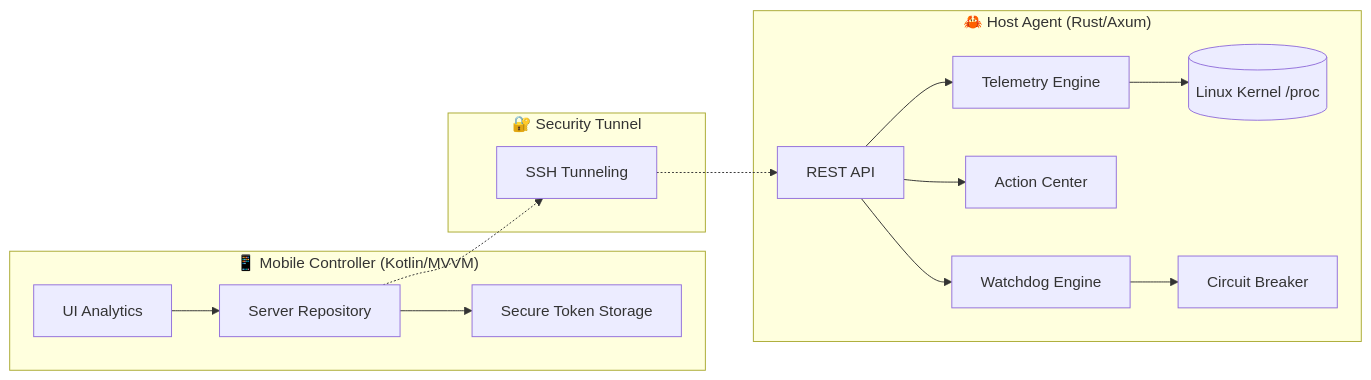
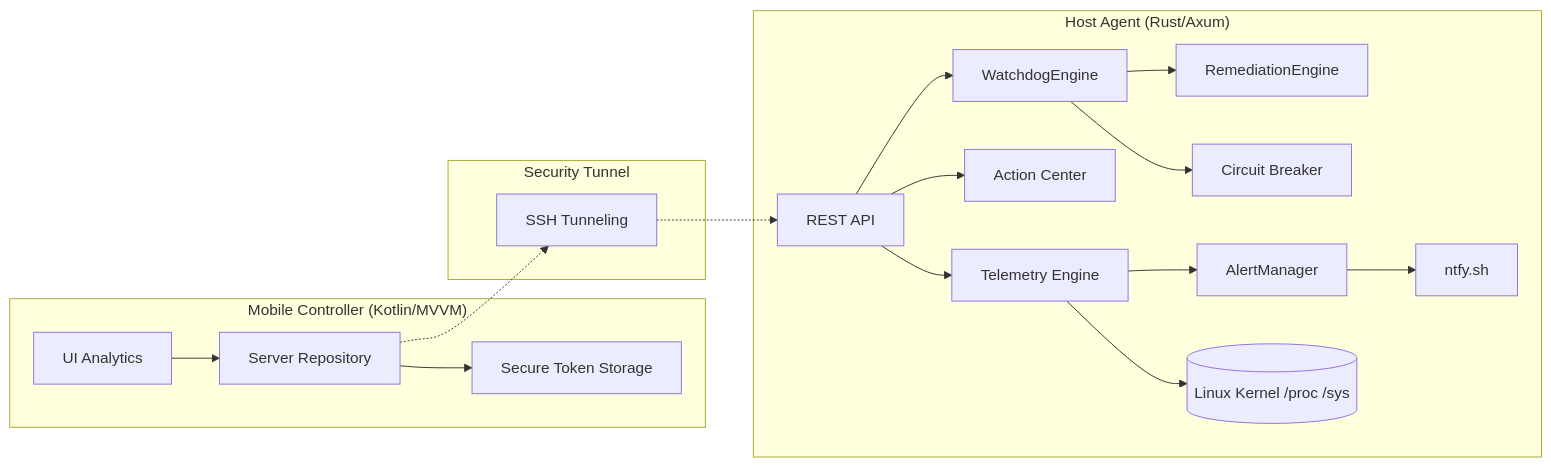
Before and after one commit to Munique-Feitoza/server-controller: the diagram in README.md, drawn with Mermaid. The commit also changed other lines of this file and 8 other files, not shown here.

````diff
--- a/README.md
+++ b/README.md
@@ -26,21 +28,24 @@
 ```mermaid
 graph LR
-    subgraph "📱 Mobile Controller (Kotlin/MVVM)"
+    subgraph "Mobile Controller (Kotlin/MVVM)"
         A[UI Analytics] --> B[Server Repository]
         B --> C[Secure Token Storage]
     end
     
-    subgraph "🔐 Security Tunnel"
+    subgraph "Security Tunnel"
         D[SSH Tunneling]
     end
     
-    subgraph "🦀 Host Agent (Rust/Axum)"
+    subgraph "Host Agent (Rust/Axum)"
         E[REST API] --> F[Telemetry Engine]
-        F --> G[(Linux Kernel /proc)]
+        F --> G[(Linux Kernel /proc /sys)]
         E --> H[Action Center]
-        E --> I[Watchdog Engine]
+        E --> I[WatchdogEngine]
         I --> J[Circuit Breaker]
+        I --> K[RemediationEngine]
+        F --> L[AlertManager]
+        L --> M[ntfy.sh]
     end
 
     B -.-> D -.-> E
 ```
````
